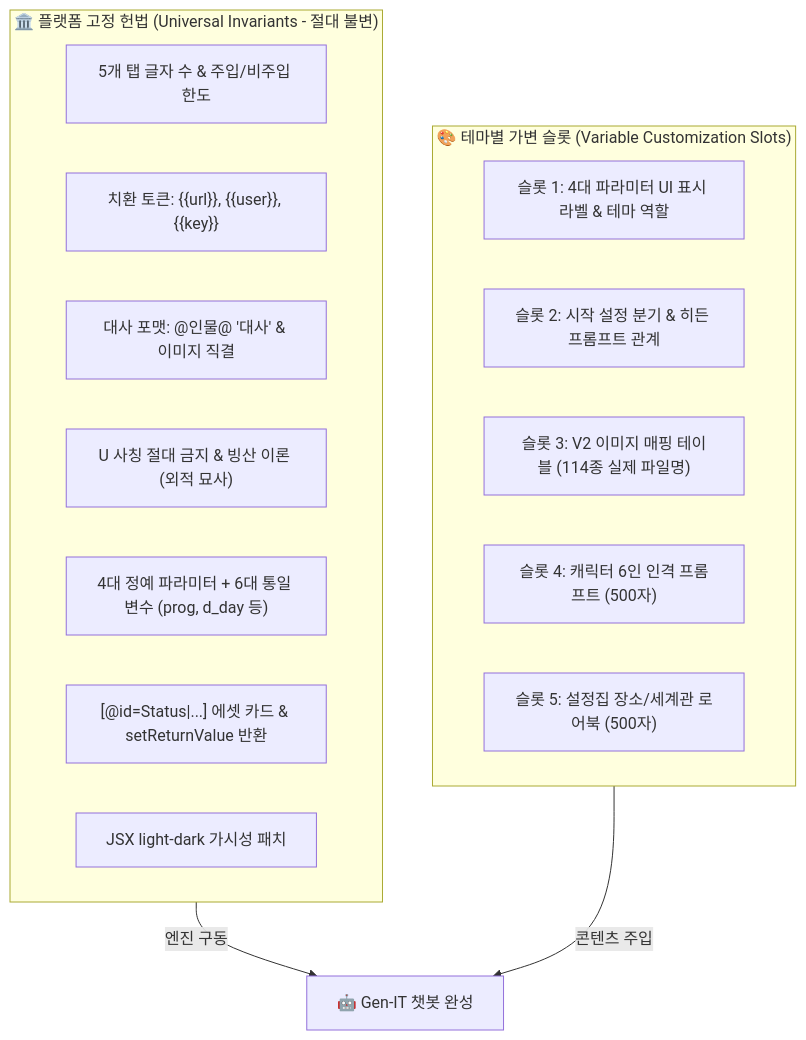
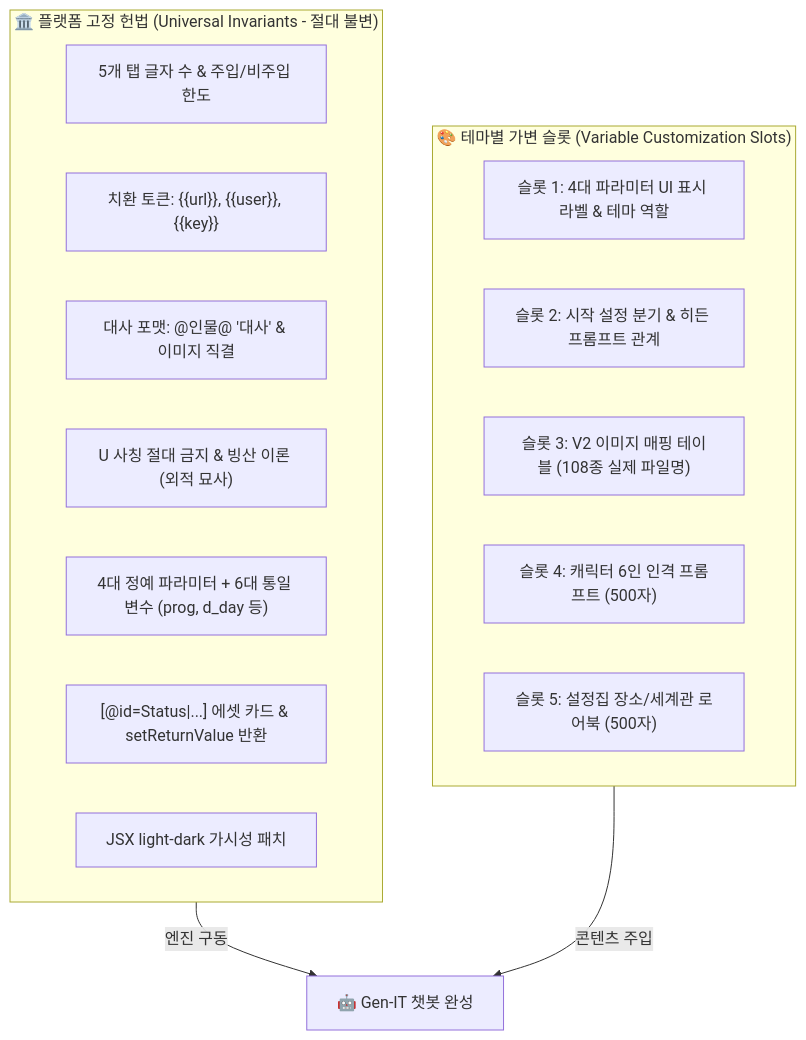
One commit to LeeKyunHo/plepa changed the diagram in docs/젠잇_캐릭터채팅_제작법.md. Above: the diagram before and after it, drawn with Mermaid. The commit also changed other lines of this file and 4 other files, not shown here.

````diff
--- a/docs/젠잇_캐릭터채팅_제작법.md
+++ b/docs/젠잇_캐릭터채팅_제작법.md
@@ -44,23 +44,23 @@
 ```mermaid
 flowchart TD
     subgraph Universal["🏛️ 플랫폼 고정 헌법 (Universal Invariants - 절대 불변)"]
         TabRules["5개 탭 글자 수 & 주입/비주입 한도"]
         Tokens["치환 토큰: {{url}}, {{user}}, {{key}}"]
         DialogueRule["대사 포맷: @인물@ '대사' & 이미지 직결"]
         IcebergRule["U 사칭 절대 금지 & 빙산 이론 (외적 묘사)"]
         ParamSlim["4대 정예 파라미터 + 6대 통일 변수 (prog, d_day 등)"]
         InfoAnchor["[@id=Status|...] 에셋 카드 & setReturnValue 반환"]
         JSXRule["JSX light-dark 가시성 패치"]
     end
 
     subgraph Variable["🎨 테마별 가변 슬롯 (Variable Customization Slots)"]
         Slot1["슬롯 1: 4대 파라미터 UI 표시 라벨 & 테마 역할"]
         Slot2["슬롯 2: 시작 설정 분기 & 히든 프롬프트 관계"]
-        Slot3["슬롯 3: V2 이미지 매핑 테이블 (114종 실제 파일명)"]
+        Slot3["슬롯 3: V2 이미지 매핑 테이블 (108종 실제 파일명)"]
         Slot4["슬롯 4: 캐릭터 6인 인격 프롬프트 (500자)"]
         Slot5["슬롯 5: 설정집 장소/세계관 로어북 (500자)"]
     end
 
     Universal -->|엔진 구동| Engine["🤖 Gen-IT 챗봇 완성"]
     Variable -->|콘텐츠 주입| Engine
 ```
````
